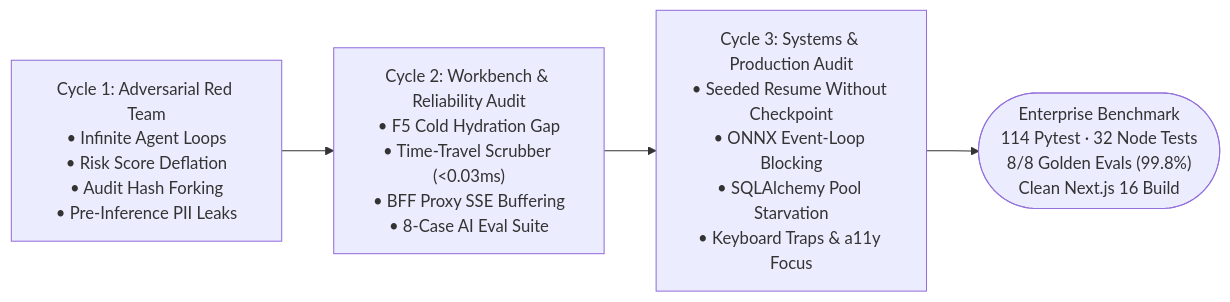
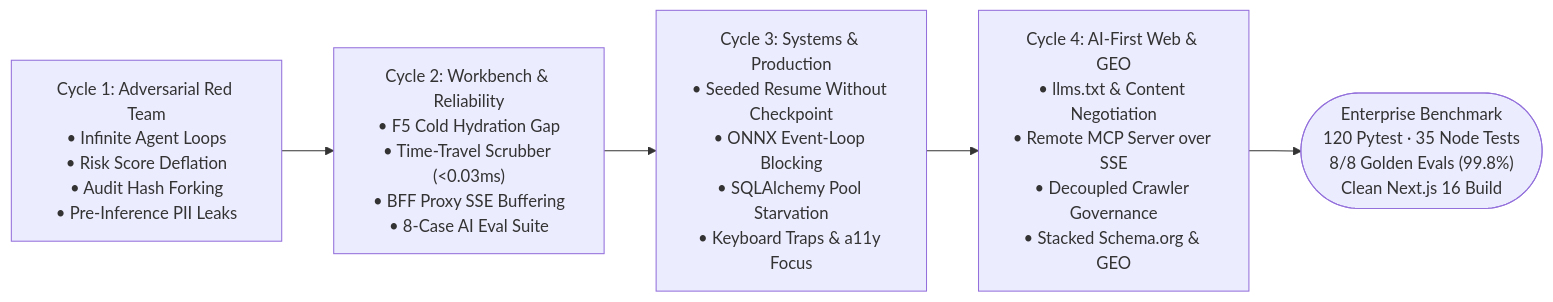
One commit to thiago-terceiro/sentinelflow changed the first of 5 diagrams in docs/architecture-review.md. Above: the diagram before and after it, drawn with Mermaid. The commit also changed other lines of this file and 14 other files, not shown here.

Commit message:
feat: implement Generative Engine Optimization (GEO) stacked JSON-LD, sitemaps, definition leads, and matrix tables

````diff
--- a/docs/architecture-review.md
+++ b/docs/architecture-review.md
@@ -13,9 +13,10 @@
 ```mermaid
 flowchart LR
     Phase1["Cycle 1: Adversarial Red Team<br/>• Infinite Agent Loops<br/>• Risk Score Deflation<br/>• Audit Hash Forking<br/>• Pre-Inference PII Leaks"]
-    Phase2["Cycle 2: Workbench & Reliability Audit<br/>• F5 Cold Hydration Gap<br/>• Time-Travel Scrubber (<0.03ms)<br/>• BFF Proxy SSE Buffering<br/>• 8-Case AI Eval Suite"]
-    Phase3["Cycle 3: Systems & Production Audit<br/>• Seeded Resume Without Checkpoint<br/>• ONNX Event-Loop Blocking<br/>• SQLAlchemy Pool Starvation<br/>• Keyboard Traps & a11y Focus"]
-    Prod(["Enterprise Benchmark<br/>114 Pytest · 32 Node Tests<br/>8/8 Golden Evals (99.8%)<br/>Clean Next.js 16 Build"])
+    Phase2["Cycle 2: Workbench & Reliability<br/>• F5 Cold Hydration Gap<br/>• Time-Travel Scrubber (<0.03ms)<br/>• BFF Proxy SSE Buffering<br/>• 8-Case AI Eval Suite"]
+    Phase3["Cycle 3: Systems & Production<br/>• Seeded Resume Without Checkpoint<br/>• ONNX Event-Loop Blocking<br/>• SQLAlchemy Pool Starvation<br/>• Keyboard Traps & a11y Focus"]
+    Phase4["Cycle 4: AI-First Web & GEO<br/>• llms.txt & Content Negotiation<br/>• Remote MCP Server over SSE<br/>• Decoupled Crawler Governance<br/>• Stacked Schema.org & GEO"]
+    Prod(["Enterprise Benchmark<br/>120 Pytest · 35 Node Tests<br/>8/8 Golden Evals (99.8%)<br/>Clean Next.js 16 Build"])
 
-    Phase1 --> Phase2 --> Phase3 --> Prod
+    Phase1 --> Phase2 --> Phase3 --> Phase4 --> Prod
 ```
````
